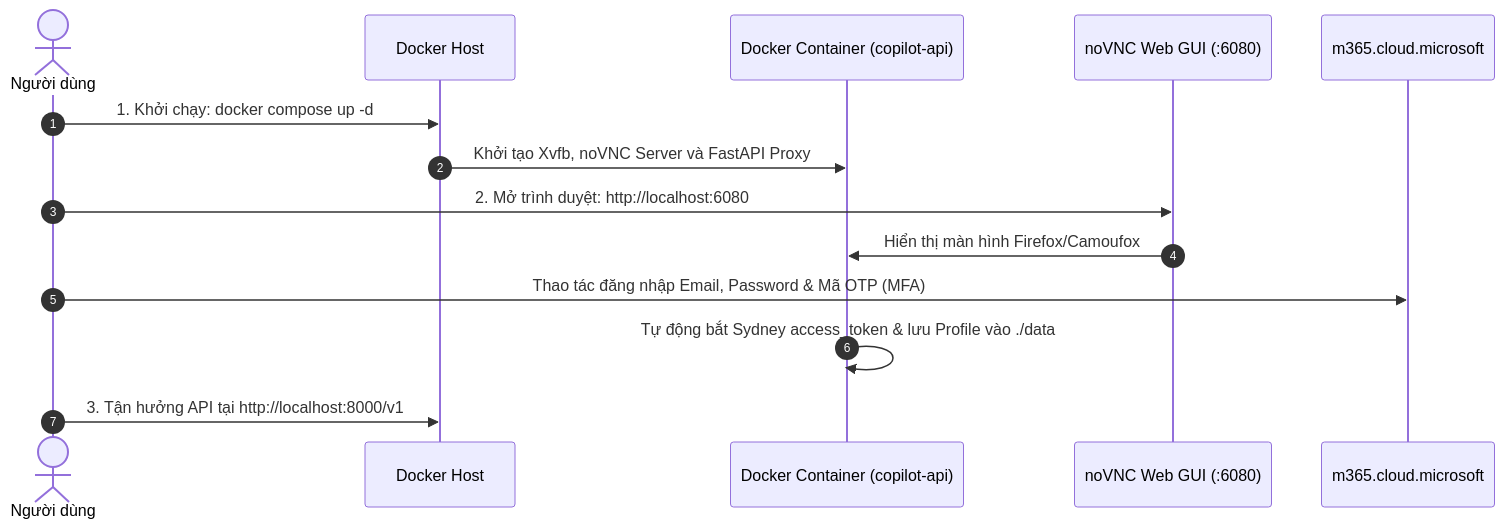
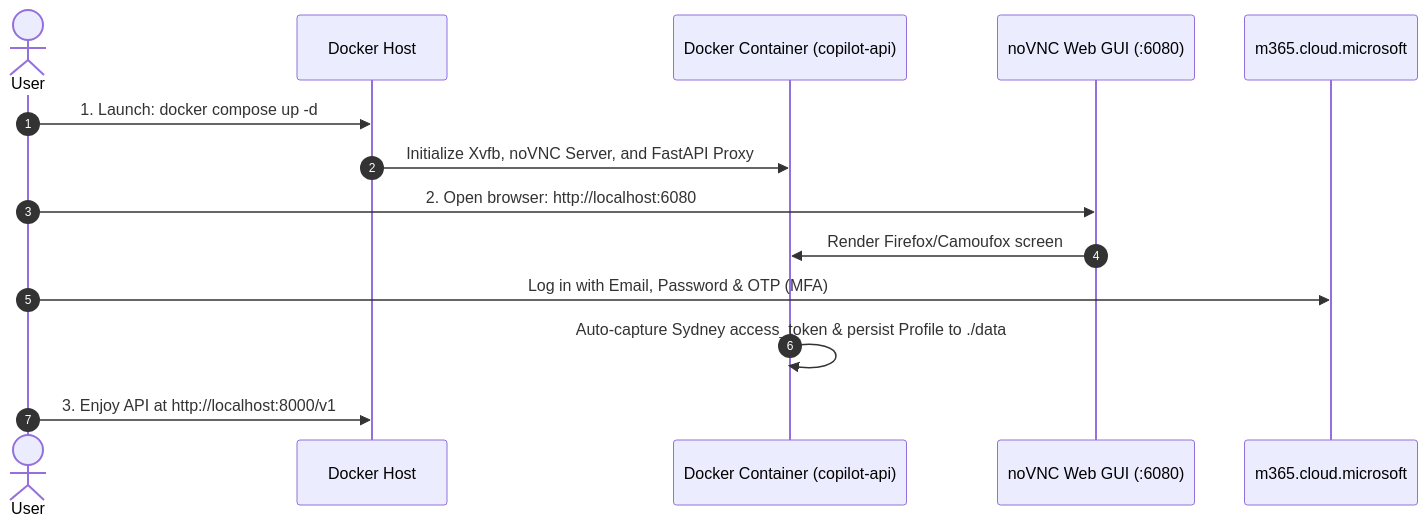
One commit to lamdt1/ms-copilot365-2api changed the third of 9 diagrams in docs/SRS.md. Above: the diagram before and after it, drawn with Mermaid. The commit also changed other lines of this file, not shown here.

````diff
--- a/docs/SRS.md
+++ b/docs/SRS.md
@@ -129,17 +129,17 @@
 ```mermaid
 sequenceDiagram
     autonumber
-    actor User as Người dùng
+    actor User as User
     participant Host as Docker Host
     participant Container as Docker Container (copilot-api)
     participant noVNC as noVNC Web GUI (:6080)
     participant M365 as m365.cloud.microsoft
 
-    User->>Host: 1. Khởi chạy: docker compose up -d
-    Host->>Container: Khởi tạo Xvfb, noVNC Server và FastAPI Proxy
-    User->>noVNC: 2. Mở trình duyệt: http://localhost:6080
-    noVNC->>Container: Hiển thị màn hình Firefox/Camoufox
-    User->>M365: Thao tác đăng nhập Email, Password & Mã OTP (MFA)
-    Container->>Container: Tự động bắt Sydney access_token & lưu Profile vào ./data
-    User->>Host: 3. Tận hưởng API tại http://localhost:8000/v1
+    User->>Host: 1. Launch: docker compose up -d
+    Host->>Container: Initialize Xvfb, noVNC Server, and FastAPI Proxy
+    User->>noVNC: 2. Open browser: http://localhost:6080
+    noVNC->>Container: Render Firefox/Camoufox screen
+    User->>M365: Log in with Email, Password & OTP (MFA)
+    Container->>Container: Auto-capture Sydney access_token & persist Profile to ./data
+    User->>Host: 3. Enjoy API at http://localhost:8000/v1
 ```
````
